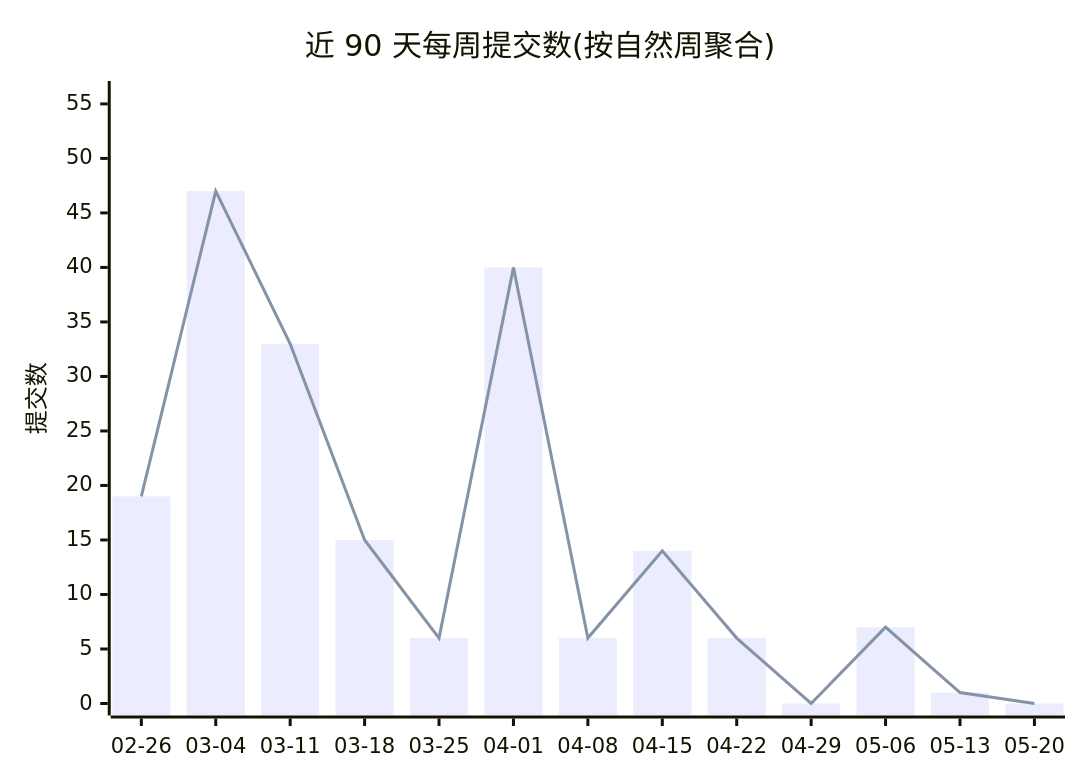
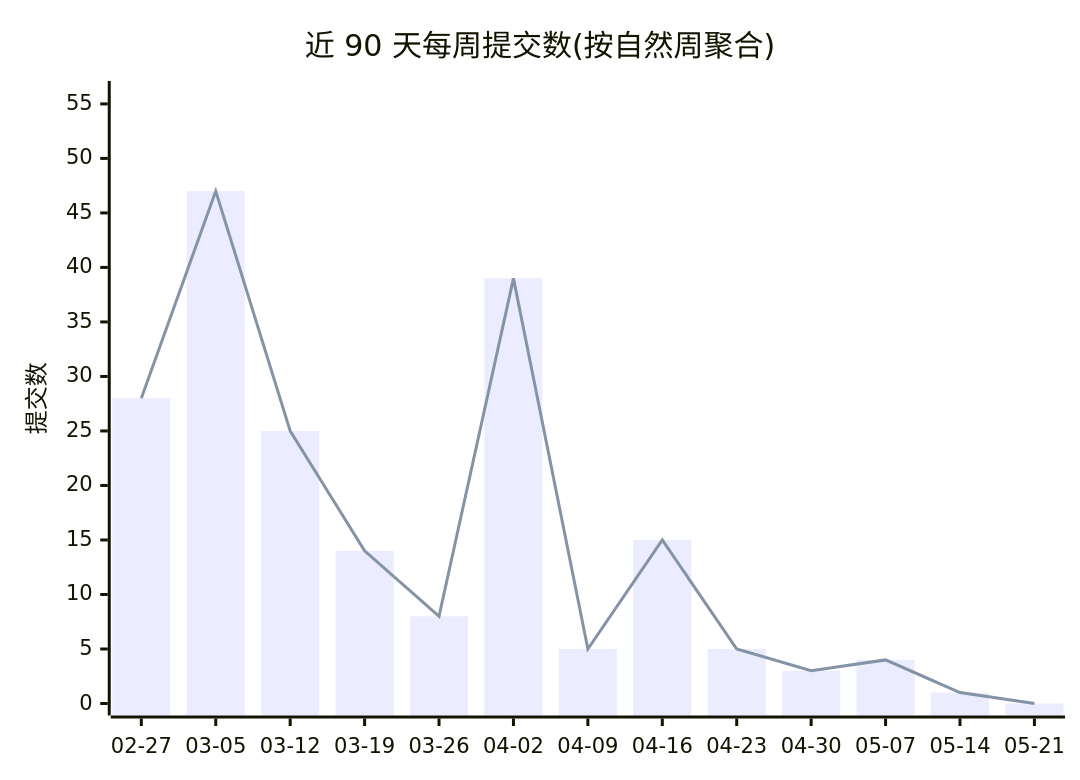
One commit to Conflux-Union/.github changed the first of 2 diagrams in profile/README.md. Above: the diagram before and after it, drawn with Mermaid. The commit also changed other lines of this file and 1 other file, not shown here.

Commit message:
chore(stats): refresh org commit stats

````diff
--- a/profile/README.md
+++ b/profile/README.md
@@ -44,8 +44,8 @@
 ```mermaid
 xychart-beta
     title "近 90 天每周提交数(按自然周聚合)"
-    x-axis ["02-26", "03-04", "03-11", "03-18", "03-25", "04-01", "04-08", "04-15", "04-22", "04-29", "05-06", "05-13", "05-20"]
+    x-axis ["02-27", "03-05", "03-12", "03-19", "03-26", "04-02", "04-09", "04-16", "04-23", "04-30", "05-07", "05-14", "05-21"]
     y-axis "提交数" 0 --> 56
-    bar [19, 47, 33, 15, 6, 40, 6, 14, 6, 0, 7, 1, 0]
-    line [19, 47, 33, 15, 6, 40, 6, 14, 6, 0, 7, 1, 0]
+    bar [28, 47, 25, 14, 8, 39, 5, 15, 5, 3, 4, 1, 0]
+    line [28, 47, 25, 14, 8, 39, 5, 15, 5, 3, 4, 1, 0]
 ```
````
